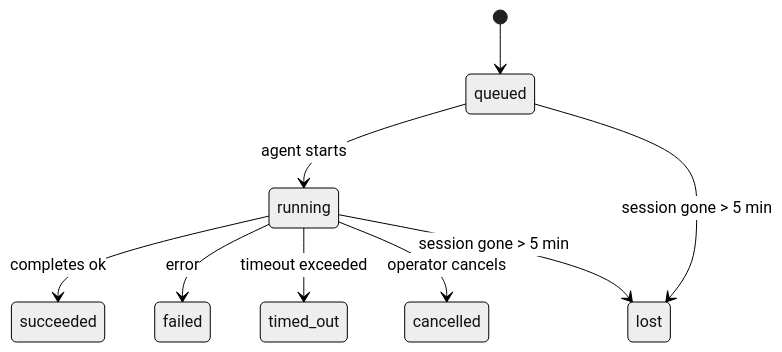
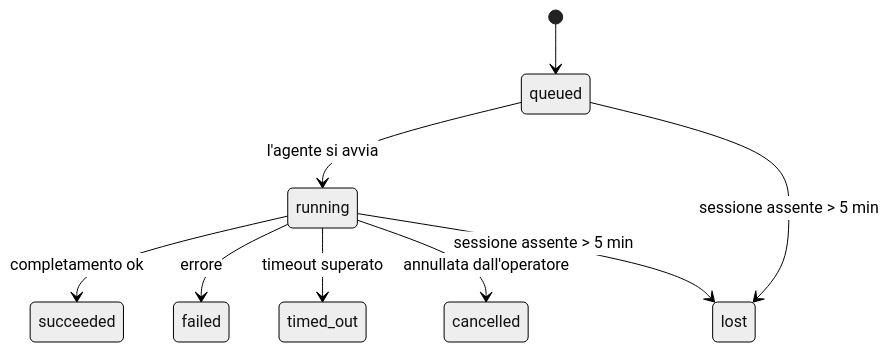
Before and after one commit to openclaw/docs: the diagram in docs/it/automation/tasks.md, drawn with Mermaid (neutral theme). The commit also changed other lines of this file and 129 other files, not shown here.

````diff
--- a/docs/it/automation/tasks.md
+++ b/docs/it/automation/tasks.md
@@ -99,11 +99,11 @@
 ```mermaid
 stateDiagram-v2
     [*] --> queued
-    queued --> running : agent starts
-    running --> succeeded : completes ok
-    running --> failed : error
-    running --> timed_out : timeout exceeded
-    running --> cancelled : operator cancels
-    queued --> lost : session gone > 5 min
-    running --> lost : session gone > 5 min
+    queued --> running : l'agente si avvia
+    running --> succeeded : completamento ok
+    running --> failed : errore
+    running --> timed_out : timeout superato
+    running --> cancelled : annullata dall'operatore
+    queued --> lost : sessione assente > 5 min
+    running --> lost : sessione assente > 5 min
 ```
````
